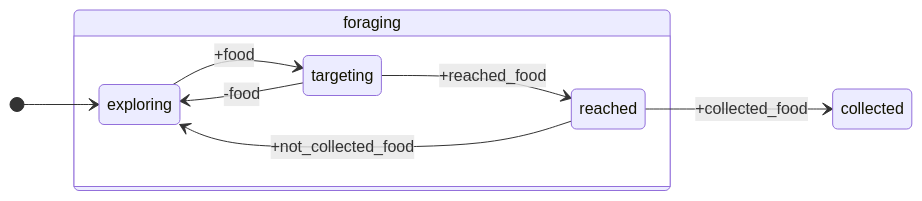
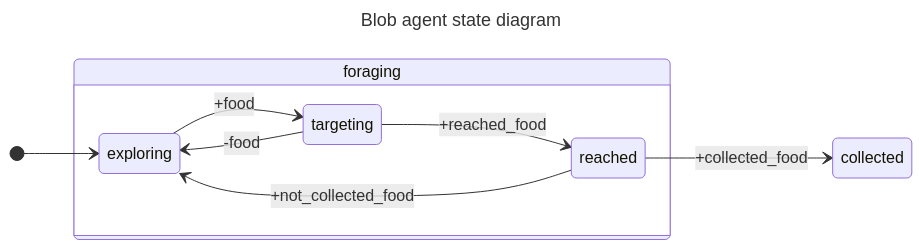
One commit to giovaz94/isee-project-2023-2024 changed the third of 4 diagrams in docs/report.md. Above: the diagram before and after it, drawn with Mermaid. The commit also changed other lines of this file and 10 other files, not shown here.

````diff
--- a/docs/report.md
+++ b/docs/report.md
@@ -285,12 +278,15 @@
 ```mermaid
+---
+title: Blob agent state diagram
+---
 stateDiagram
     direction LR
     [*] --> exploring
     state foraging {
         exploring --> targeting : +food
         targeting --> exploring: -food
         targeting --> reached : +reached_food
     }
     reached --> collected : +collected_food
     reached --> exploring : +not_collected_food
 ```
````
